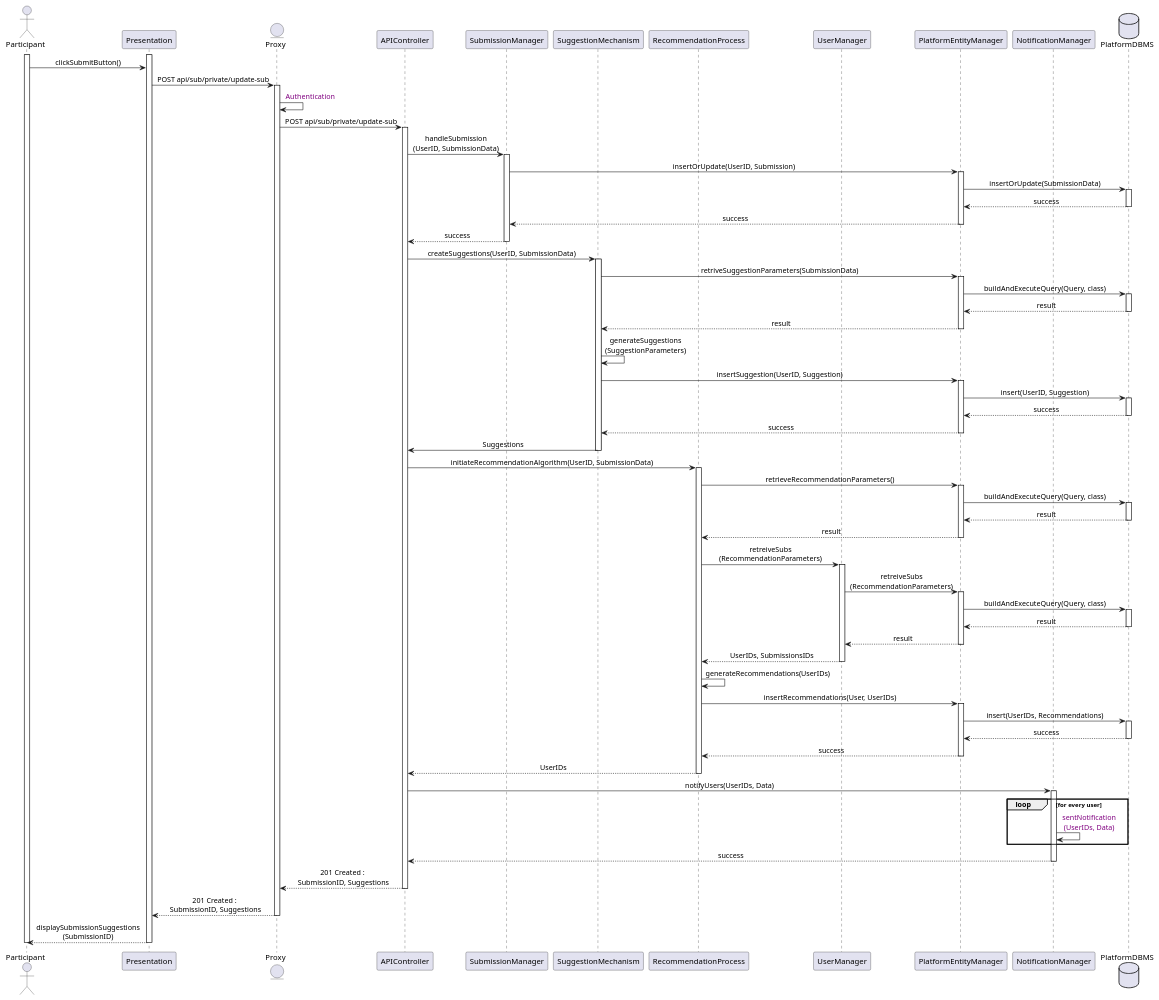
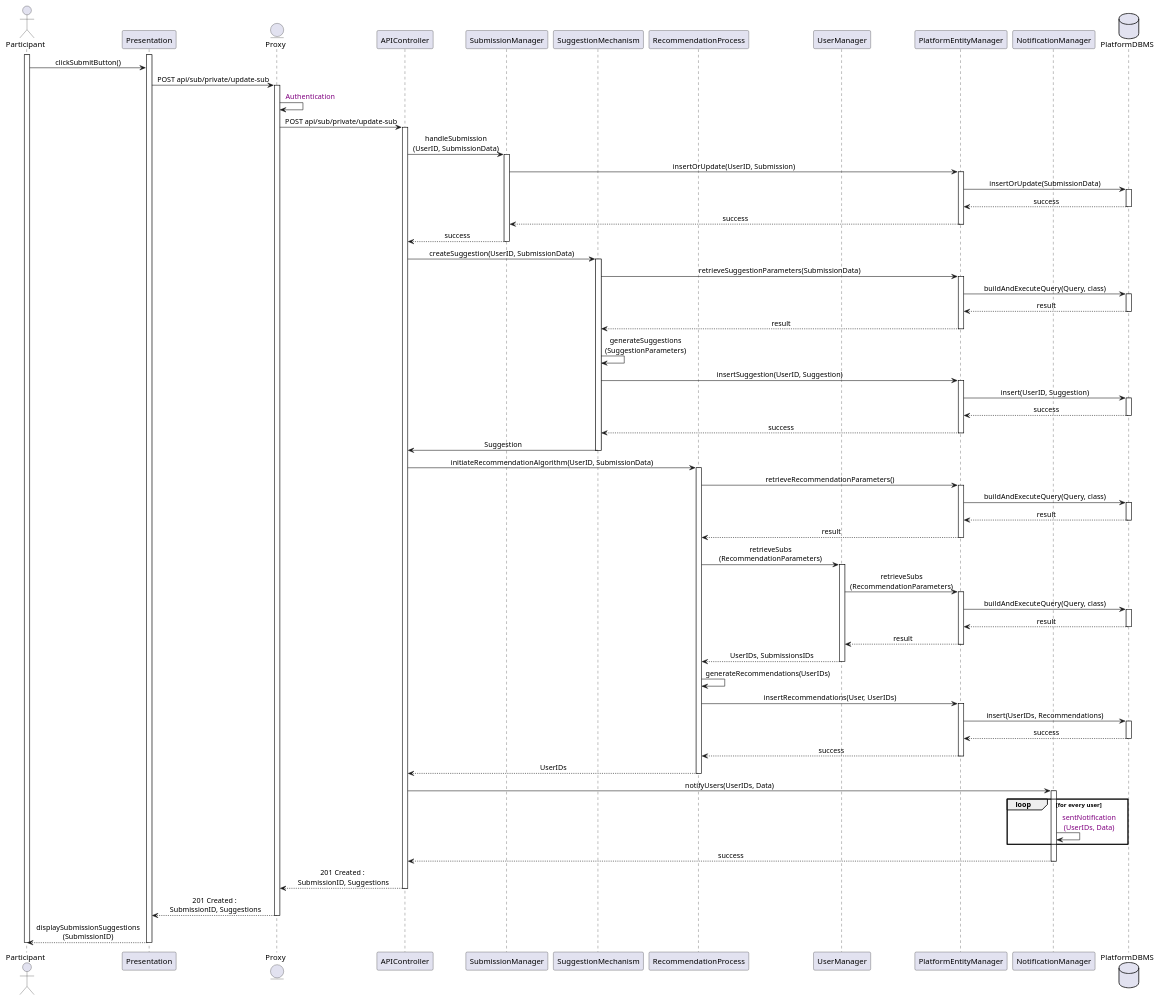
One commit to Slaitroc/RicciPaoliGrisoni changed the diagram in Diagrams/SequenceDiagrams/DD/3ParticipantSubmission.wsd. Above: the diagram before and after it, drawn with PlantUML.

Commit message:
fix typo in sequence diagram 3

```diff
--- a/Diagrams/SequenceDiagrams/DD/3ParticipantSubmission.wsd
+++ b/Diagrams/SequenceDiagrams/DD/3ParticipantSubmission.wsd
@@ -1,74 +1,74 @@
 @startuml ParticipantSubmission
 skinparam sequenceMessageAlign center
 actor       Participant
 participant Presentation
 entity      Proxy
 participant APIController
 participant SubmissionManager
 participant SuggestionMechanism
 participant RecommendationProcess
 participant UserManager
 participant PlatformEntityManager
 participant NotificationManager
 database    PlatformDBMS
 
 activate Participant
 activate Presentation
 Participant -> Presentation : clickSubmitButton()
 Presentation -> Proxy ++ : POST api/sub/private/update-sub
 Proxy -> Proxy  : <color:purple> Authentication
 Proxy -> APIController ++ : POST api/sub/private/update-sub
 APIController -> SubmissionManager : handleSubmission\n(UserID, SubmissionData)
 activate SubmissionManager
 ' SubmissionManager -> SubmissionManager : check(submission)
 SubmissionManager -> PlatformEntityManager : insertOrUpdate(UserID, Submission)
 activate PlatformEntityManager
 PlatformEntityManager -> PlatformDBMS : insertOrUpdate(SubmissionData)
 activate PlatformDBMS
 PlatformDBMS --> PlatformEntityManager : success
 deactivate PlatformDBMS
 PlatformEntityManager --> SubmissionManager : success 
 deactivate PlatformEntityManager
 SubmissionManager --> APIController : success
 deactivate SubmissionManager
-APIController -> SuggestionMechanism ++ : createSuggestions(UserID, SubmissionData)
-SuggestionMechanism -> PlatformEntityManager ++ : retriveSuggestionParameters(SubmissionData)
+APIController -> SuggestionMechanism ++ : createSuggestion(UserID, SubmissionData)
+SuggestionMechanism -> PlatformEntityManager ++ : retrieveSuggestionParameters(SubmissionData)
 PlatformEntityManager -> PlatformDBMS ++ : buildAndExecuteQuery(Query, class)
 PlatformDBMS --> PlatformEntityManager -- : result
 PlatformEntityManager --> SuggestionMechanism -- : result
 SuggestionMechanism -> SuggestionMechanism : generateSuggestions\n(SuggestionParameters)
 SuggestionMechanism -> PlatformEntityManager ++ : insertSuggestion(UserID, Suggestion)
 PlatformEntityManager -> PlatformDBMS ++ : insert(UserID, Suggestion)
 PlatformDBMS --> PlatformEntityManager -- : success
 PlatformEntityManager -->  SuggestionMechanism -- : success
-SuggestionMechanism -> APIController -- : Suggestions
+SuggestionMechanism -> APIController -- : Suggestion
 APIController -> RecommendationProcess ++ : initiateRecommendationAlgorithm(UserID, SubmissionData)
 RecommendationProcess -> PlatformEntityManager ++ : retrieveRecommendationParameters()
 PlatformEntityManager -> PlatformDBMS ++ : buildAndExecuteQuery(Query, class)
 PlatformDBMS --> PlatformEntityManager -- : result
 PlatformEntityManager --> RecommendationProcess -- : result
-RecommendationProcess -> UserManager ++ : retreiveSubs\n(RecommendationParameters)
-UserManager -> PlatformEntityManager ++ : retreiveSubs\n(RecommendationParameters)
+RecommendationProcess -> UserManager ++ : retrieveSubs\n(RecommendationParameters)
+UserManager -> PlatformEntityManager ++ : retrieveSubs\n(RecommendationParameters)
 PlatformEntityManager -> PlatformDBMS ++ : buildAndExecuteQuery(Query, class)
 PlatformDBMS --> PlatformEntityManager -- : result
 PlatformEntityManager --> UserManager -- : result
 UserManager --> RecommendationProcess -- : UserIDs, SubmissionsIDs
 RecommendationProcess -> RecommendationProcess : generateRecommendations(UserIDs)
 RecommendationProcess -> PlatformEntityManager ++ : insertRecommendations(User, UserIDs)
 PlatformEntityManager -> PlatformDBMS ++ : insert(UserIDs, Recommendations)
 PlatformDBMS --> PlatformEntityManager -- : success
 PlatformEntityManager -->  RecommendationProcess -- : success
 RecommendationProcess --> APIController -- : UserIDs
 APIController -> NotificationManager ++ : notifyUsers(UserIDs, Data)
 loop for every user
     NotificationManager -> NotificationManager : <color:purple> sentNotification\n <color:purple>(UserIDs, Data)
 end
 NotificationManager --> APIController -- : success
 APIController --> Proxy : 201 Created :\n SubmissionID, Suggestions
 deactivate APIController
 Proxy --> Presentation : 201 Created :\n SubmissionID, Suggestions
 deactivate Proxy
 Presentation --> Participant : displaySubmissionSuggestions\n(SubmissionID)
 deactivate Presentation
 deactivate Participant
 @enduml
```
